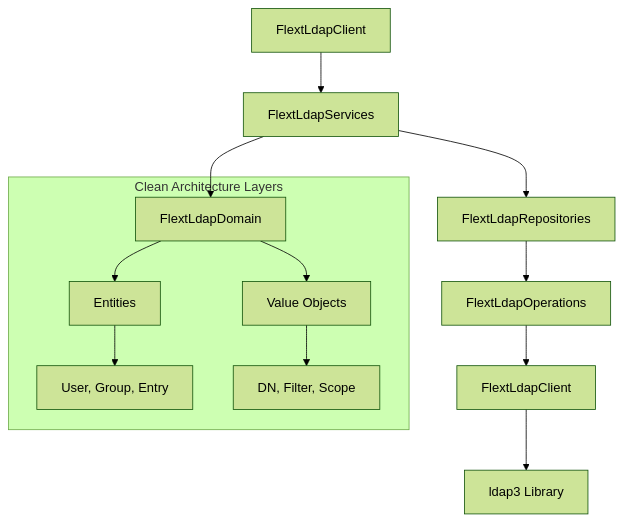
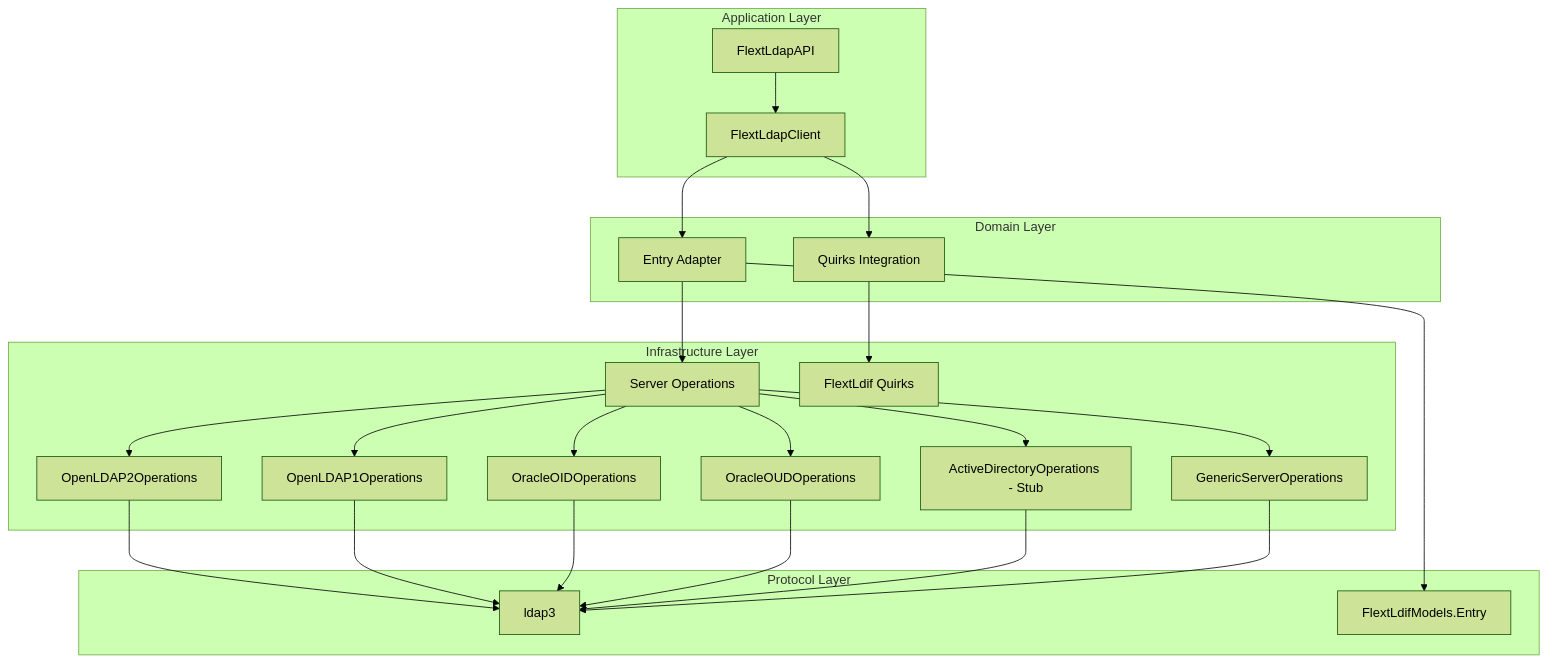
Before and after one commit to flext-sh/flext-ldap: the diagram in README.md, drawn with Mermaid (forest theme). The commit also changed other lines of this file and 86 other files, not shown here.

````diff
--- a/README.md
+++ b/README.md
@@ -60,16 +54,32 @@
 ```mermaid
 graph TB
-    A[FlextLdapClient] --> B[FlextLdapServices]
-    B --> C[FlextLdapDomain]
-    B --> D[FlextLdapRepositories]
-    D --> E[FlextLdapOperations]
-    E --> F[FlextLdapClient]
-    F --> G[ldap3 Library]
+    subgraph "Application Layer"
+        A[FlextLdapAPI] --> B[FlextLdapClient]
+    end
 
-    subgraph "Clean Architecture Layers"
-        C --> H[Entities]
-        C --> I[Value Objects]
-        H --> J[User, Group, Entry]
-        I --> K[DN, Filter, Scope]
+    subgraph "Domain Layer"
+        B --> C[Entry Adapter]
+        B --> D[Quirks Integration]
+    end
+
+    subgraph "Infrastructure Layer"
+        C --> E[Server Operations]
+        D --> F[FlextLdif Quirks]
+        E --> G[OpenLDAP2Operations]
+        E --> H[OpenLDAP1Operations]
+        E --> I[OracleOIDOperations]
+        E --> J[OracleOUDOperations]
+        E --> K[ActiveDirectoryOperations - Stub]
+        E --> L[GenericServerOperations]
+    end
+
+    subgraph "Protocol Layer"
+        G --> M[ldap3]
+        H --> M
+        I --> M
+        J --> M
+        K --> M
+        L --> M
+        C --> N[FlextLdifModels.Entry]
     end
 ```
````
